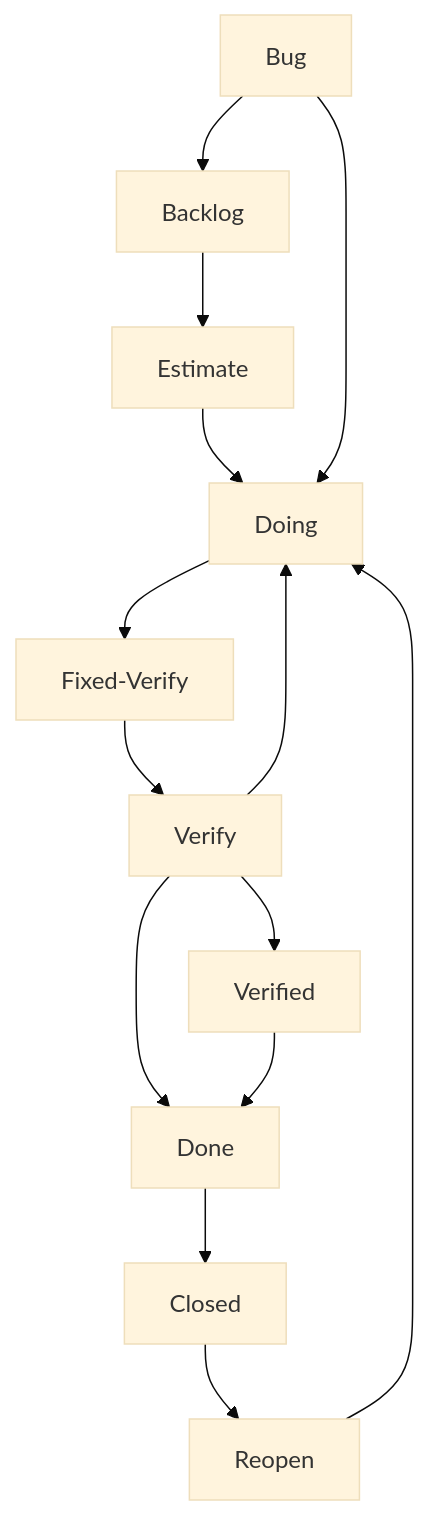
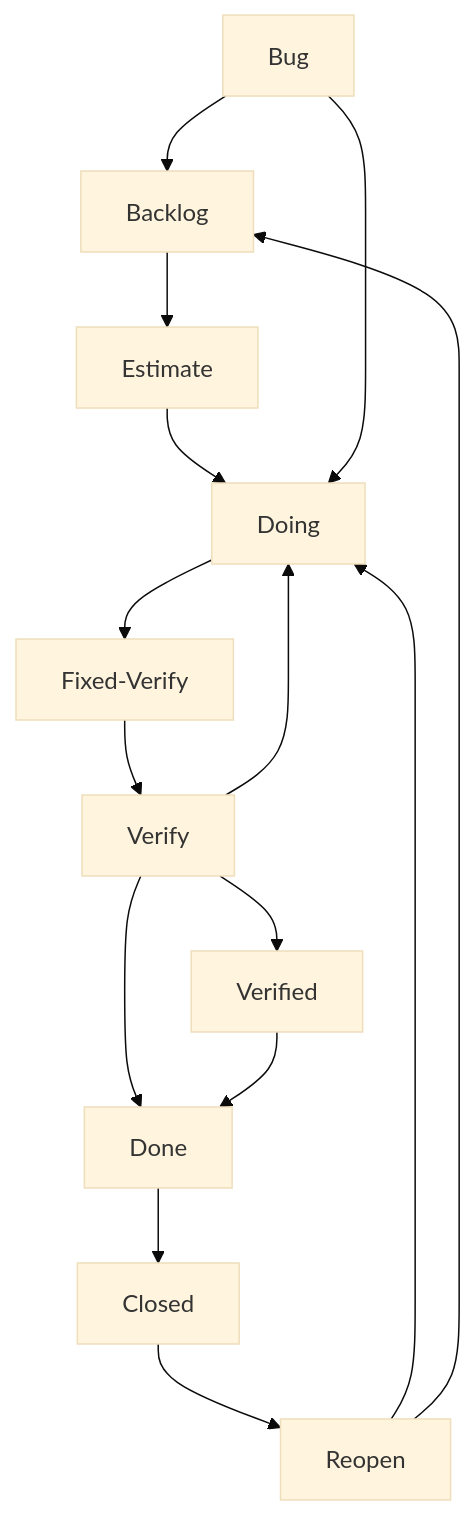
Before and after one commit to Betaoptics/ttos0100---2019-implementation: the second of 3 diagrams in .gitlab/labels-and-definitions.md, drawn with Mermaid (base theme).

````diff
--- a/.gitlab/labels-and-definitions.md
+++ b/.gitlab/labels-and-definitions.md
@@ -76,16 +76,17 @@
 ```mermaid
 graph TD;
     Bug-->Backlog;
     Backlog-->Estimate;
     Estimate-->Doing;
     Bug-->Doing;
     Doing-->Fixed-Verify;
     Verify-->Verified;
     Fixed-Verify-->Verify;
     Verify-->Doing;
     Verify-->Done;
     Verified-->Done;
     Done-->Closed;
     Closed-->Reopen;
     Reopen-->Doing;
+    Reopen-->Backlog;
 ```
````
